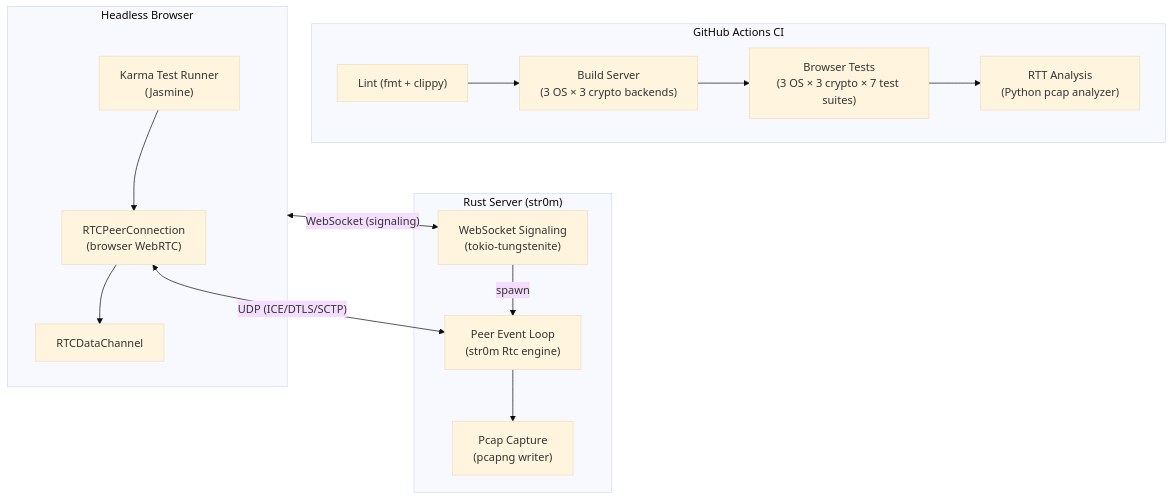
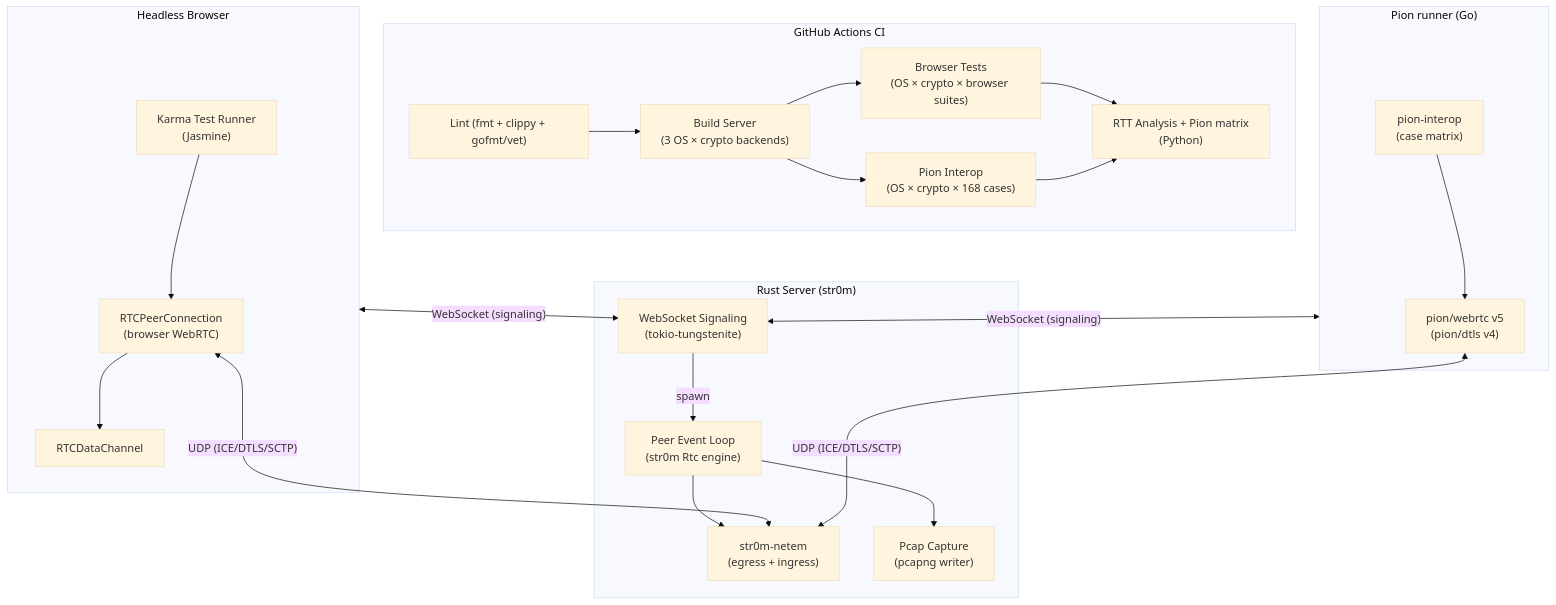
One commit to xnorpx/str0m_browser_integration_tests changed the first of 10 diagrams in README.md. Above: the diagram before and after it, drawn with Mermaid (base theme). The commit also changed other lines of this file and 26 other files, not shown here.

````diff
--- a/README.md
+++ b/README.md
@@ -36,28 +38,40 @@
 ```mermaid
 graph TB
     subgraph CI["GitHub Actions CI"]
-        Lint["Lint (fmt + clippy)"]
-        Build["Build Server<br/>(3 OS × 3 crypto backends)"]
-        Test["Browser Tests<br/>(3 OS × 3 crypto × 7 test suites)"]
-        Analyze["RTT Analysis<br/>(Python pcap analyzer)"]
+        Lint["Lint (fmt + clippy + gofmt/vet)"]
+        Build["Build Server<br/>(3 OS × crypto backends)"]
+        Test["Browser Tests<br/>(OS × crypto × browser suites)"]
+        Pion["Pion Interop<br/>(OS × crypto × 168 cases)"]
+        Analyze["RTT Analysis + Pion matrix<br/>(Python)"]
         Lint --> Build --> Test --> Analyze
+        Build --> Pion --> Analyze
     end
 
     subgraph Server["Rust Server (str0m)"]
         WS["WebSocket Signaling<br/>(tokio-tungstenite)"]
         Peer["Peer Event Loop<br/>(str0m Rtc engine)"]
+        Netem["str0m-netem<br/>(egress + ingress)"]
         Pcap["Pcap Capture<br/>(pcapng writer)"]
         WS -->|spawn| Peer
+        Peer --> Netem
         Peer --> Pcap
     end
 
     subgraph Browser["Headless Browser"]
         Karma["Karma Test Runner<br/>(Jasmine)"]
         WRTC["RTCPeerConnection<br/>(browser WebRTC)"]
         DC["RTCDataChannel"]
         Karma --> WRTC --> DC
     end
 
+    subgraph PionRunner["Pion runner (Go)"]
+        Matrix["pion-interop<br/>(case matrix)"]
+        PionPC["pion/webrtc v5<br/>(pion/dtls v4)"]
+        Matrix --> PionPC
+    end
+
     Browser <-->|"WebSocket (signaling)"| WS
-    WRTC <-->|"UDP (ICE/DTLS/SCTP)"| Peer
+    WRTC <-->|"UDP (ICE/DTLS/SCTP)"| Netem
+    PionRunner <-->|"WebSocket (signaling)"| WS
+    PionPC <-->|"UDP (ICE/DTLS/SCTP)"| Netem
 ```
````
